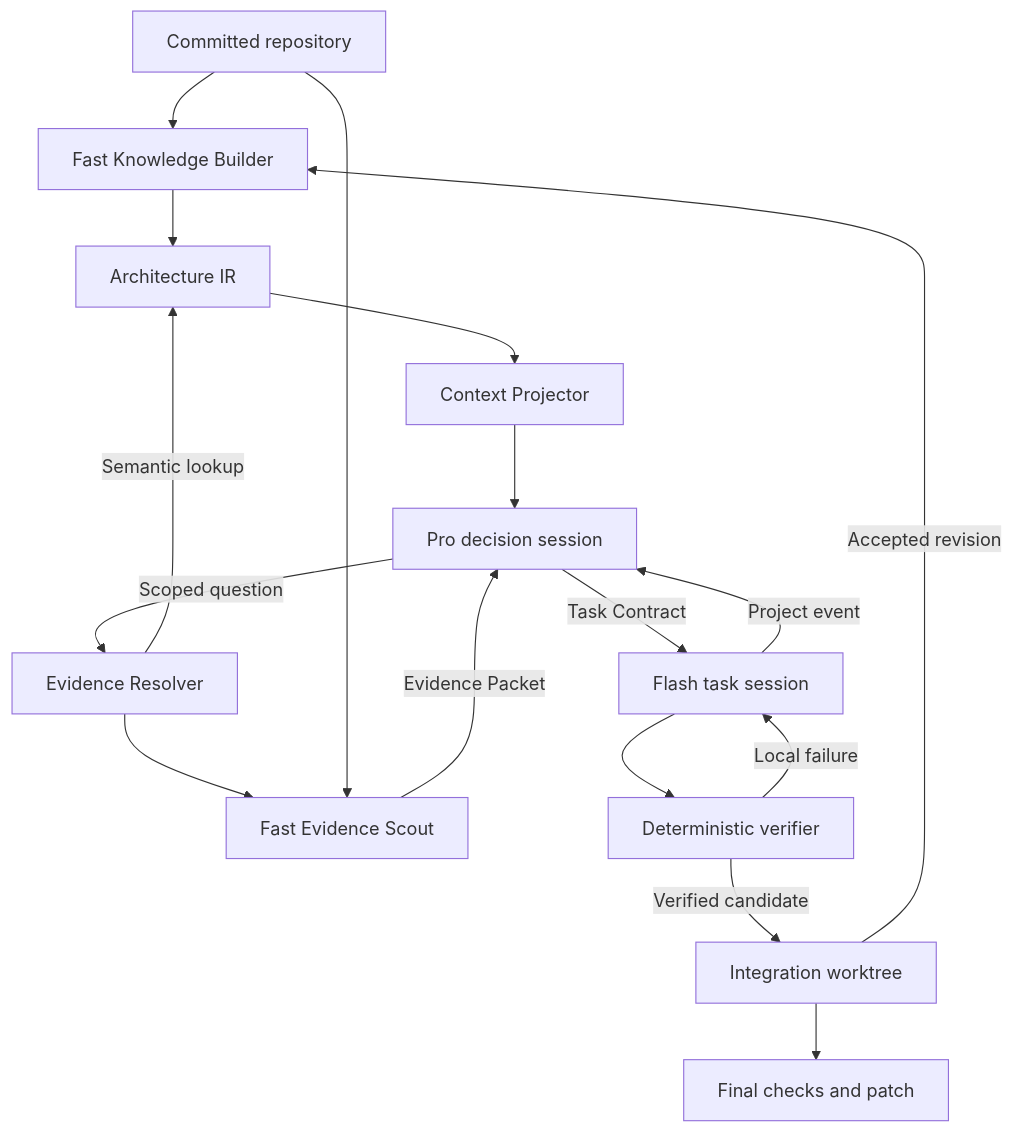
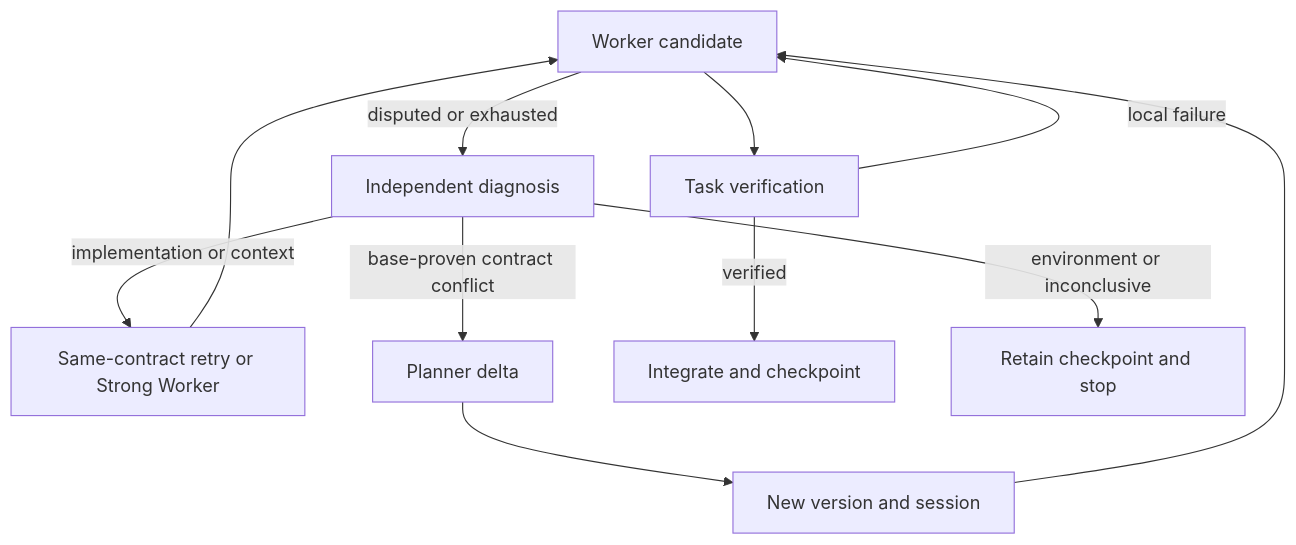
One commit to Muzhizyy/pi-coordination-harness changed the diagram in docs/ARCHITECTURE.md. Above: the diagram before and after it, drawn with Mermaid. The commit also changed other lines of this file and 28 other files, not shown here.

````diff
--- a/docs/ARCHITECTURE.md
+++ b/docs/ARCHITECTURE.md
@@ -6,19 +51,13 @@
 ```mermaid
 flowchart TD
-    R[Committed repository] --> K[Fast Knowledge Builder]
-    K --> IR[Architecture IR]
-    IR --> C[Context Projector]
-    C --> P[Pro decision session]
-    P -->|Scoped question| E[Evidence Resolver]
-    E -->|Semantic lookup| IR
-    E --> S[Fast Evidence Scout]
-    R --> S
-    S -->|Evidence Packet| P
-    P -->|Task Contract| W[Flash task session]
-    W --> V[Deterministic verifier]
-    V -->|Local failure| W
-    V -->|Verified candidate| I[Integration worktree]
-    I -->|Accepted revision| K
-    W -->|Project event| P
-    I --> F[Final checks and patch]
+    W["Worker candidate"] --> V["Task verification"]
+    V -->|local failure| W
+    W -->|disputed or exhausted| D["Independent diagnosis"]
+    D -->|implementation or context| S["Same-contract retry or Strong Worker"]
+    S --> W
+    D -->|base-proven contract conflict| P["Planner delta"]
+    P --> N["New version and session"]
+    N --> W
+    V -->|verified| I["Integrate and checkpoint"]
+    D -->|environment or inconclusive| C["Retain checkpoint and stop"]
 ```
````
